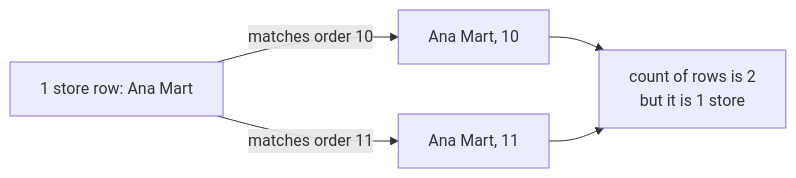
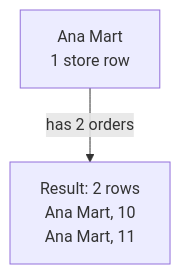
One commit to starjustice/research-material changed the eighth of 9 diagrams in learn/database/02-joins.md. Above: the diagram before and after it, drawn with Mermaid. The commit also changed other lines of this file, not shown here.

````diff
--- a/learn/database/02-joins.md
+++ b/learn/database/02-joins.md
@@ -186,7 +369,4 @@
 ```mermaid
-graph LR
-    S["1 store row: Ana Mart"] -->|matches order 10| R1["Ana Mart, 10"]
-    S -->|matches order 11| R2["Ana Mart, 11"]
-    R1 --> C["count of rows is 2<br/>but it is 1 store"]
-    R2 --> C
+graph TB
+    S["Ana Mart<br/>1 store row"] -->|has 2 orders| R["Result: 2 rows<br/>Ana Mart, 10<br/>Ana Mart, 11"]
 ```
````
